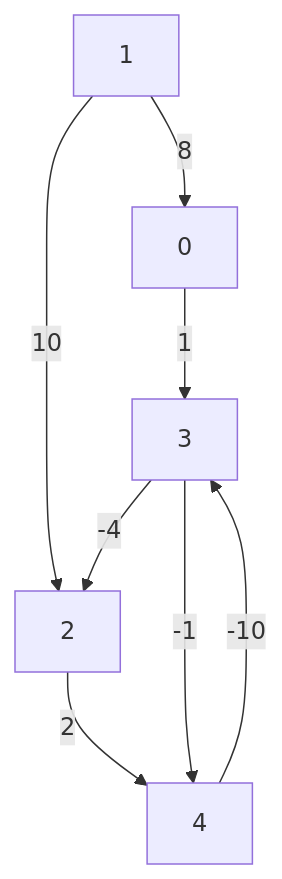
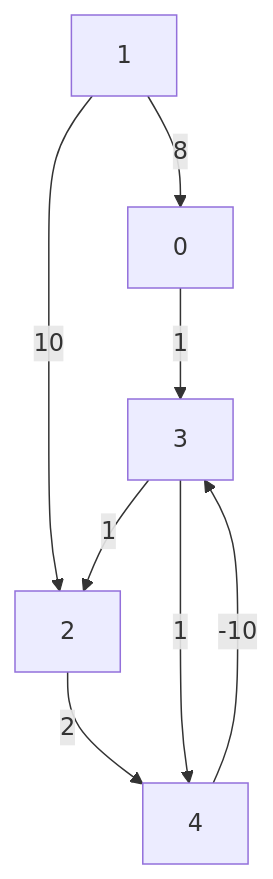
The second of 2 diagrams in 2. Algorithms/Bellman-Ford.md (boushphong/dsa), drawn with Mermaid before and after one commit.

````diff
--- a/2. Algorithms/Bellman-Ford.md
+++ b/2. Algorithms/Bellman-Ford.md
@@ -181,10 +181,10 @@
 ```mermaid
 graph TD;
     0 -->|1| 3;
     1 -->|8| 0;
     1 -->|10| 2;
     2 -->|2| 4;
-    3 -->|-4| 2;
-    3 -->|-1| 4;
+    3 -->|1| 2;
+    3 -->|1| 4;
     4 -->|-10| 3;
 ```
````
